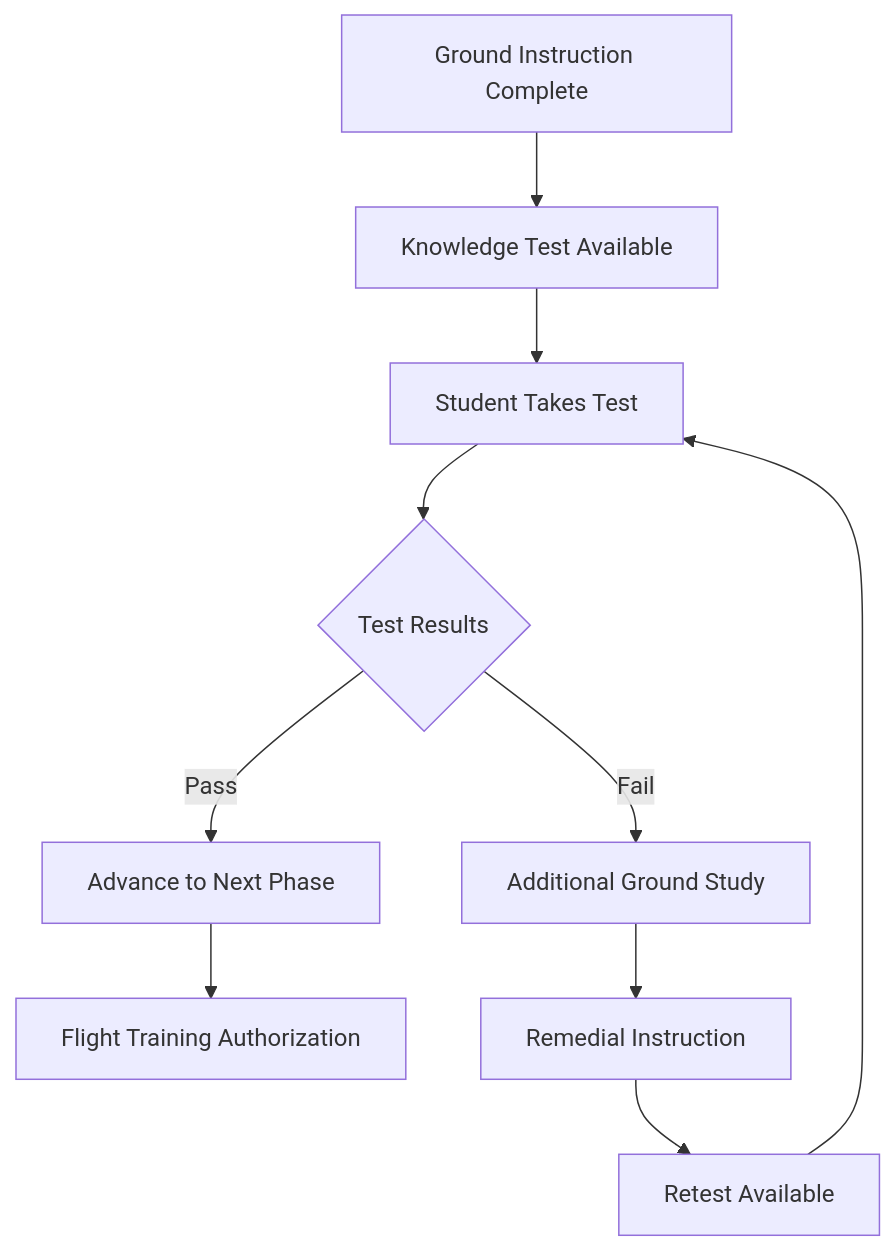
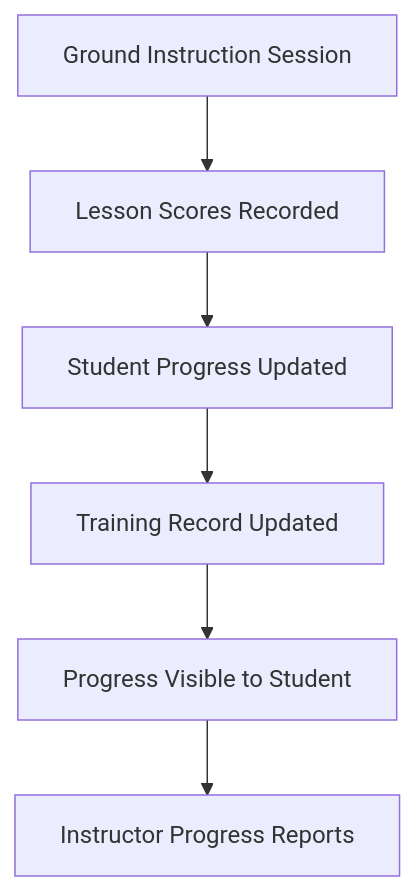
Before and after one commit to pietbarber/Manage2Soar: the seventh of 11 diagrams in docs/workflows/08-ground-instruction.md, drawn with Mermaid. The commit also changed other lines of this file and 2 other files, not shown here.

Commit message:
removed fibs about charging for instructon (ground and flight). Removed one ERD entry.

````diff
--- a/docs/workflows/08-ground-instruction.md
+++ b/docs/workflows/08-ground-instruction.md
@@ -275,14 +219,8 @@
 ```mermaid
 flowchart TD
-    A[Ground Instruction Complete] --> B[Knowledge Test Available]
-    B --> C[Student Takes Test]
-    C --> D{Test Results}
-    
-    D -->|Pass| E[Advance to Next Phase]
-    D -->|Fail| F[Additional Ground Study]
-    
-    E --> G[Flight Training Authorization]
-    F --> H[Remedial Instruction]
-    H --> I[Retest Available]
-    I --> C
+    A[Ground Instruction Session] --> B[Lesson Scores Recorded]
+    B --> C[Student Progress Updated]
+    C --> D[Training Record Updated]
+    D --> E[Progress Visible to Student]
+    E --> F[Instructor Progress Reports]
 ```
````
